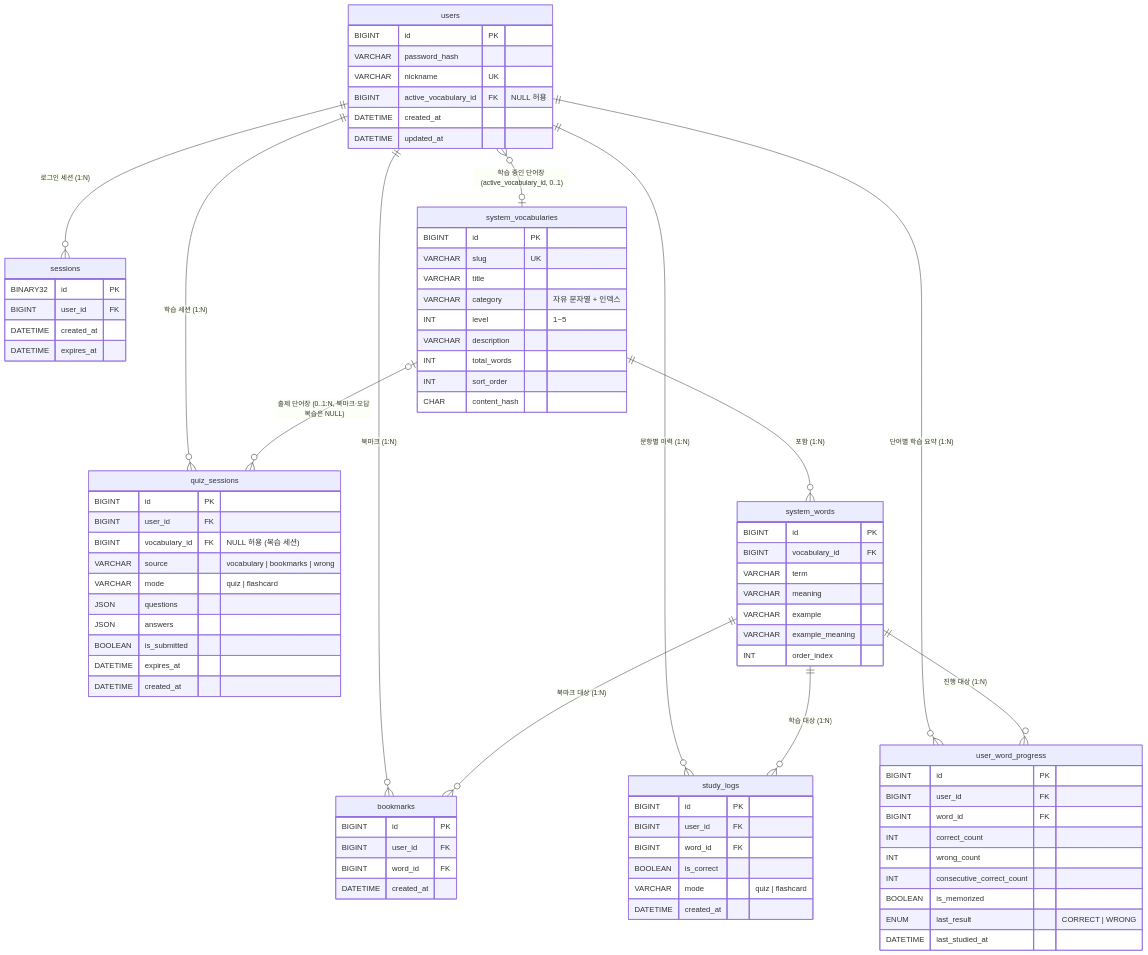
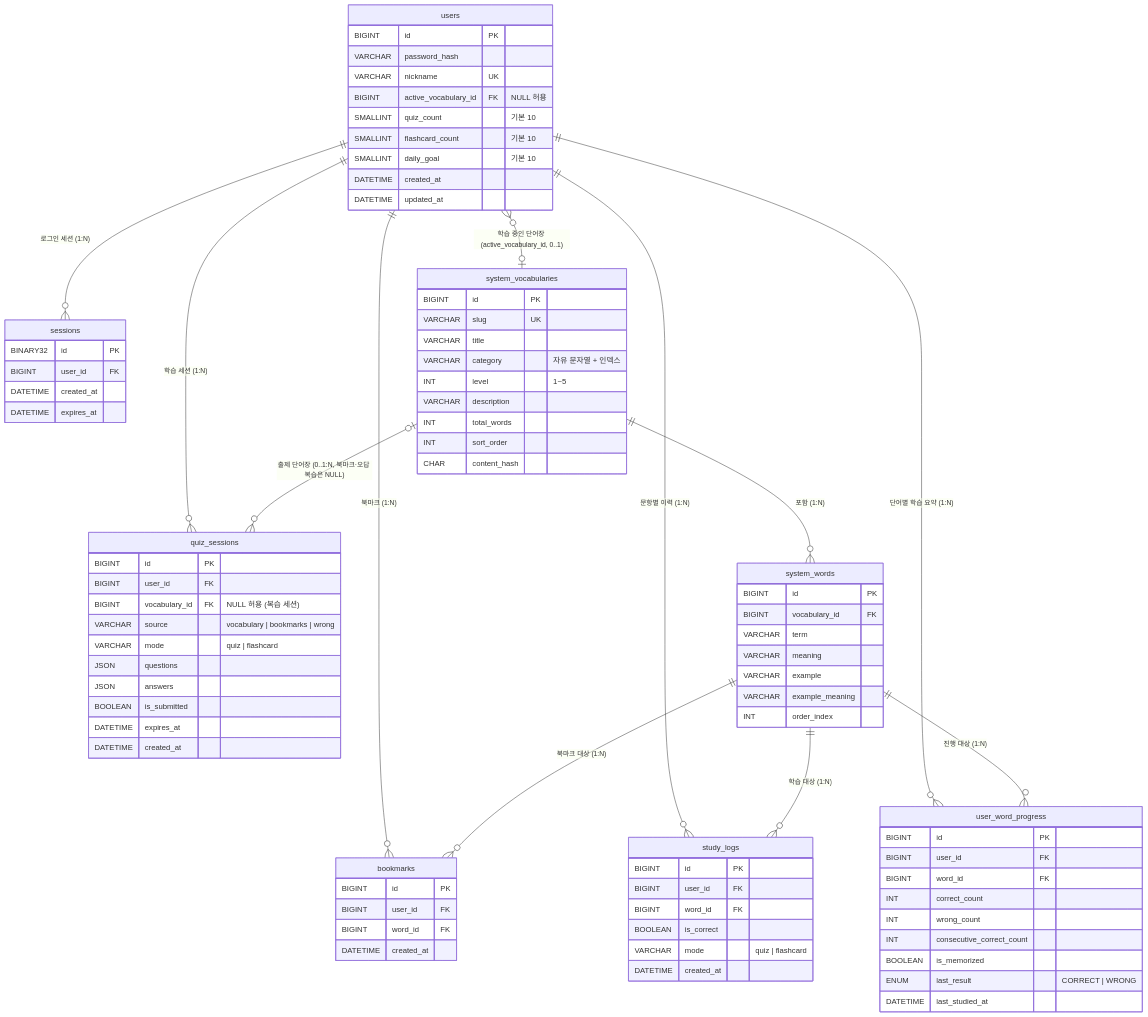
One commit to fort4/voda-voca changed the diagram in docs/voda-voca_Data_Design_v2.1_261105.md. Above: the diagram before and after it, drawn with Mermaid. The commit also changed other lines of this file and 4 other files, not shown here.

```diff
--- a/docs/voda-voca_Data_Design_v2.1_261105.md
+++ b/docs/voda-voca_Data_Design_v2.1_261105.md
@@ -37,6 +37,9 @@
         VARCHAR password_hash
         VARCHAR nickname UK
         BIGINT active_vocabulary_id FK "NULL 허용"
+        SMALLINT quiz_count "기본 10"
+        SMALLINT flashcard_count "기본 10"
+        SMALLINT daily_goal "기본 10"
         DATETIME created_at
         DATETIME updated_at
     }
```
